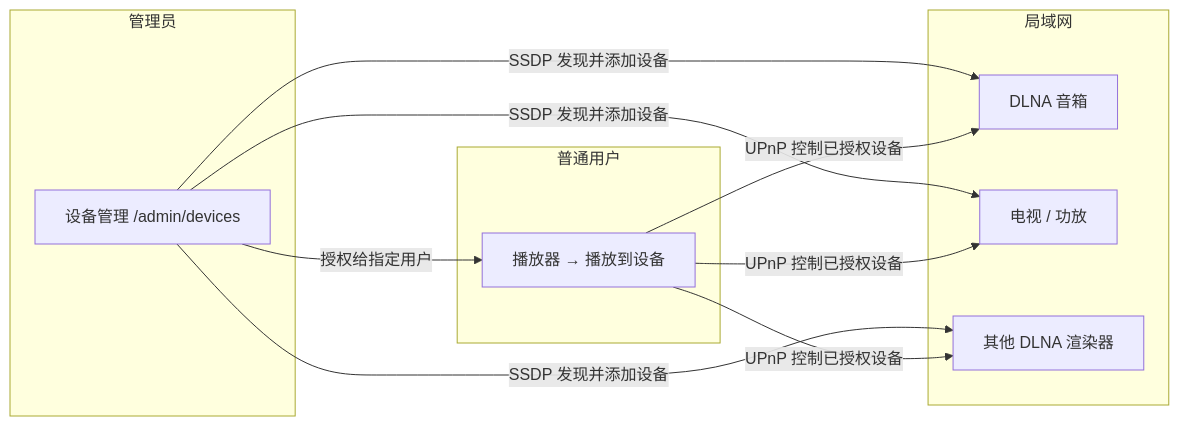
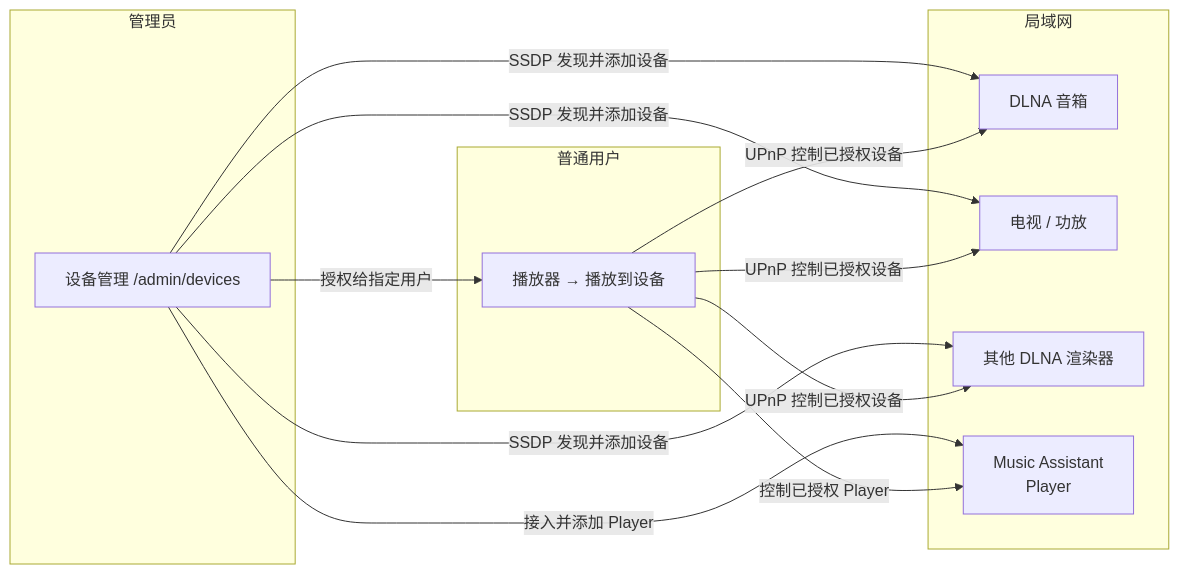
Before and after one commit to AnsGoo/music-free-site: the diagram in docs/device.md, drawn with Mermaid. The commit also changed other lines of this file and 5 other files, not shown here.

Commit message:
feature: 更新发布日志，添加对 Music Assistant 的支持及使用说明，修复相关问题，新增多张图片

````diff
--- a/docs/device.md
+++ b/docs/device.md
@@ -19,21 +21,24 @@
 ```mermaid
 flowchart LR
   subgraph lan [局域网]
     DEV1[DLNA 音箱]
     DEV2[电视 / 功放]
     DEV3[其他 DLNA 渲染器]
+    MA[Music Assistant<br/>Player]
   end
   subgraph admin [管理员]
     ADMIN[设备管理 /admin/devices]
   end
   subgraph user [普通用户]
     USER[播放器 → 播放到设备]
   end
   ADMIN -->|SSDP 发现并添加设备| DEV1
   ADMIN -->|SSDP 发现并添加设备| DEV2
   ADMIN -->|SSDP 发现并添加设备| DEV3
+  ADMIN -->|接入并添加 Player| MA
   ADMIN -->|授权给指定用户| USER
   USER -->|UPnP 控制已授权设备| DEV1
   USER -->|UPnP 控制已授权设备| DEV2
   USER -->|UPnP 控制已授权设备| DEV3
+  USER -->|控制已授权 Player| MA
 ```
````
